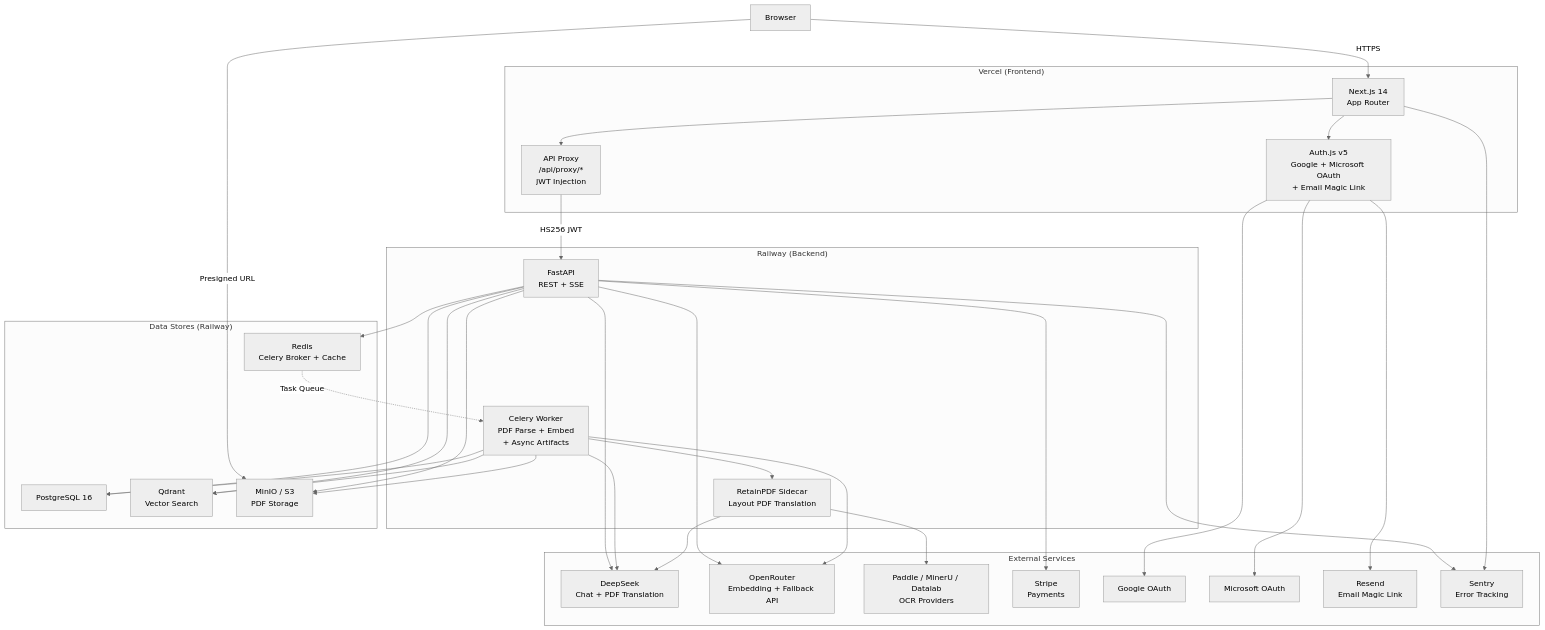
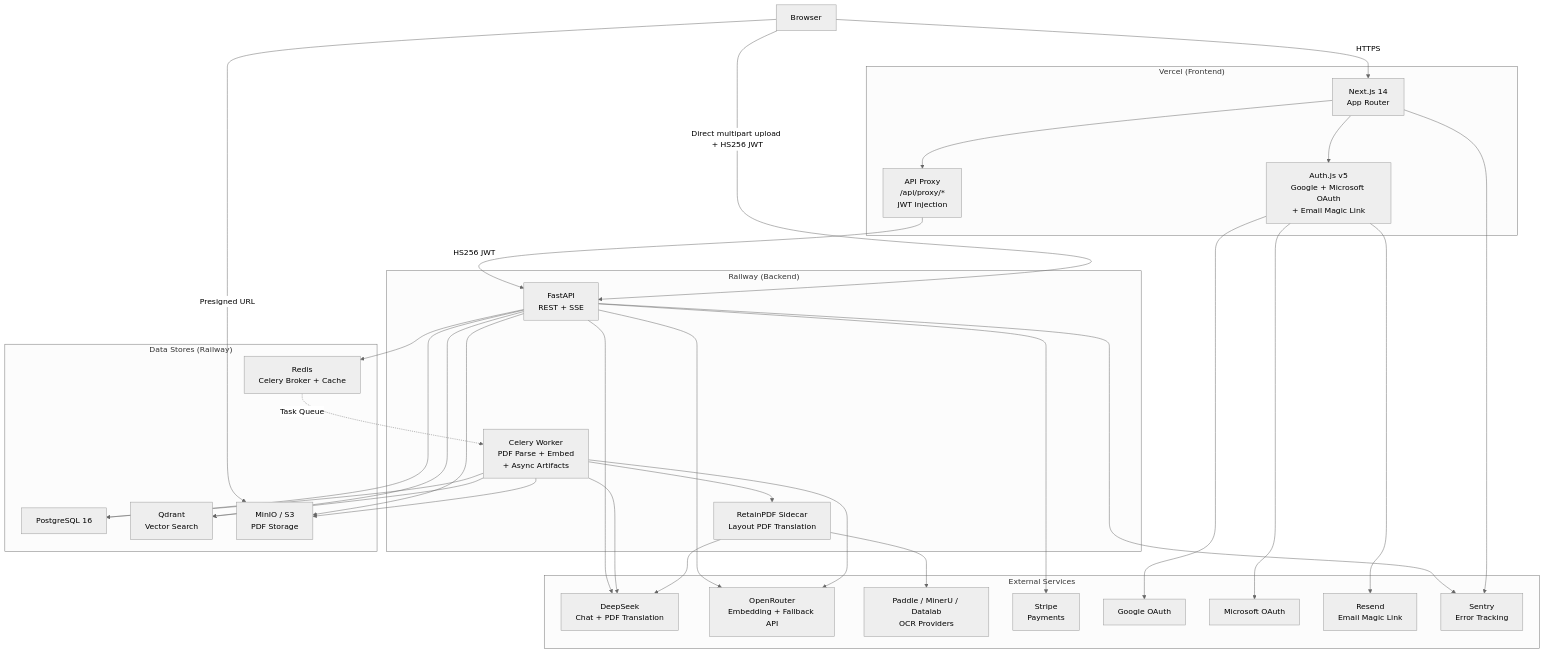
Before and after one commit to Rswcf/DocTalk: the first of 10 diagrams in docs/ARCHITECTURE.md, drawn with Mermaid (neutral theme). The commit also changed other lines of this file and 16 other files, not shown here.

````diff
--- a/docs/ARCHITECTURE.md
+++ b/docs/ARCHITECTURE.md
@@ -11,61 +11,62 @@
 ```mermaid
 graph TB
     Browser["Browser"]
 
     subgraph Vercel["Vercel (Frontend)"]
         NextJS["Next.js 14<br/>App Router"]
         AuthJS["Auth.js v5<br/>Google + Microsoft OAuth<br/>+ Email Magic Link"]
         Proxy["API Proxy<br/>/api/proxy/*<br/>JWT Injection"]
     end
 
     subgraph Railway["Railway (Backend)"]
         FastAPI["FastAPI<br/>REST + SSE"]
         Celery["Celery Worker<br/>PDF Parse + Embed<br/>+ Async Artifacts"]
         RetainPDF["RetainPDF Sidecar<br/>Layout PDF Translation"]
     end
 
     subgraph DataStores["Data Stores (Railway)"]
         PG["PostgreSQL 16"]
         Qdrant["Qdrant<br/>Vector Search"]
         Redis["Redis<br/>Celery Broker + Cache"]
         MinIO["MinIO / S3<br/>PDF Storage"]
     end
 
     subgraph External["External Services"]
         DeepSeek["DeepSeek<br/>Chat + PDF Translation"]
         OpenRouter["OpenRouter<br/>Embedding + Fallback API"]
         OCRProviders["Paddle / MinerU / Datalab<br/>OCR Providers"]
         Stripe["Stripe<br/>Payments"]
         Google["Google OAuth"]
         Microsoft["Microsoft OAuth"]
         Resend["Resend<br/>Email Magic Link"]
         Sentry["Sentry<br/>Error Tracking"]
     end
 
     Browser -->|HTTPS| NextJS
     NextJS --> AuthJS
     NextJS --> Proxy
     Proxy -->|HS256 JWT| FastAPI
+    Browser -->|Direct multipart upload + HS256 JWT| FastAPI
     FastAPI --> PG
     FastAPI --> Qdrant
     FastAPI --> Redis
     FastAPI --> MinIO
     FastAPI --> DeepSeek
     FastAPI --> OpenRouter
     FastAPI --> Stripe
     Celery --> PG
     Celery --> Qdrant
     Celery --> MinIO
     Celery --> RetainPDF
     Celery --> DeepSeek
     Celery --> OpenRouter
     RetainPDF --> OCRProviders
     RetainPDF --> DeepSeek
     Redis -.->|Task Queue| Celery
     AuthJS --> Google
     AuthJS --> Microsoft
     AuthJS --> Resend
     FastAPI --> Sentry
     NextJS --> Sentry
     Browser -->|Presigned URL| MinIO
 ```
````
